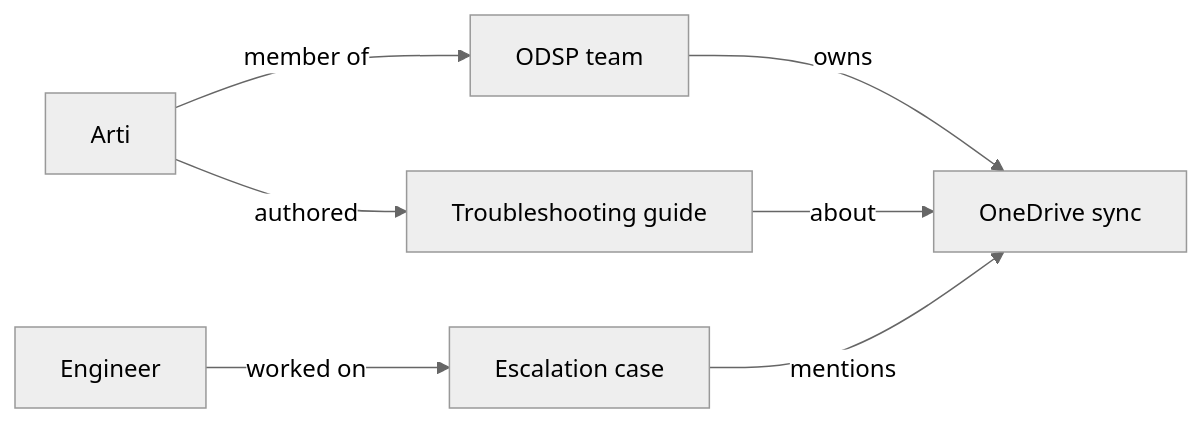
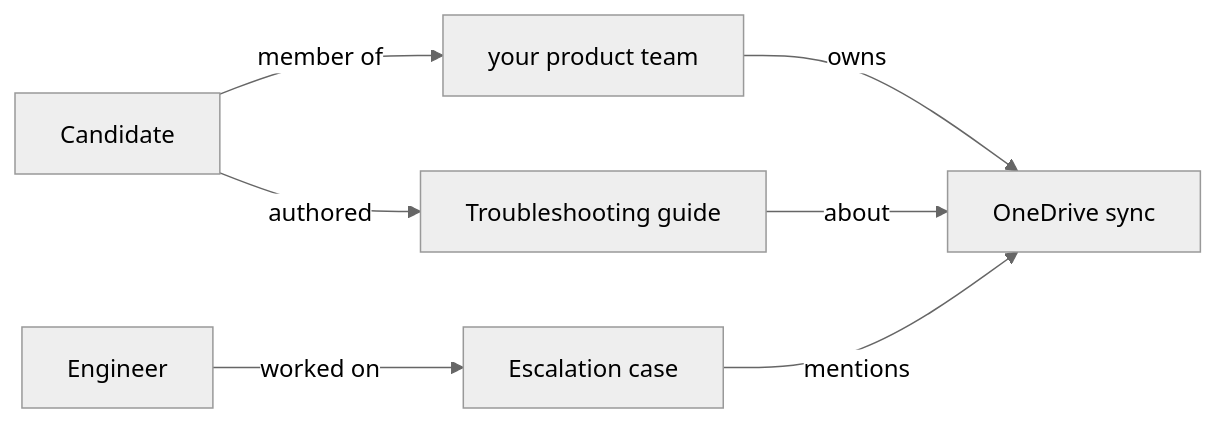
The sixth of 9 diagrams in TSE Glean/prep/Part-03-enterprise-search-and-knowledge-fundamentals.md (hichauhan-in/Interview-Prep), drawn with Mermaid (neutral theme) before and after one commit. The commit also changed other lines of this file and 493 other files, not shown here.

````diff
--- a/TSE Glean/prep/Part-03-enterprise-search-and-knowledge-fundamentals.md
+++ b/TSE Glean/prep/Part-03-enterprise-search-and-knowledge-fundamentals.md
@@ -548,9 +548,9 @@
 ```mermaid
 graph LR
-    A[Arti] -->|member of| T[ODSP team]
+    A[Candidate] -->|member of| T[your product team]
     A -->|authored| D[Troubleshooting guide]
     D -->|about| O[OneDrive sync]
     J[Escalation case] -->|mentions| O
     E[Engineer] -->|worked on| J
     T -->|owns| O
 ```
````
